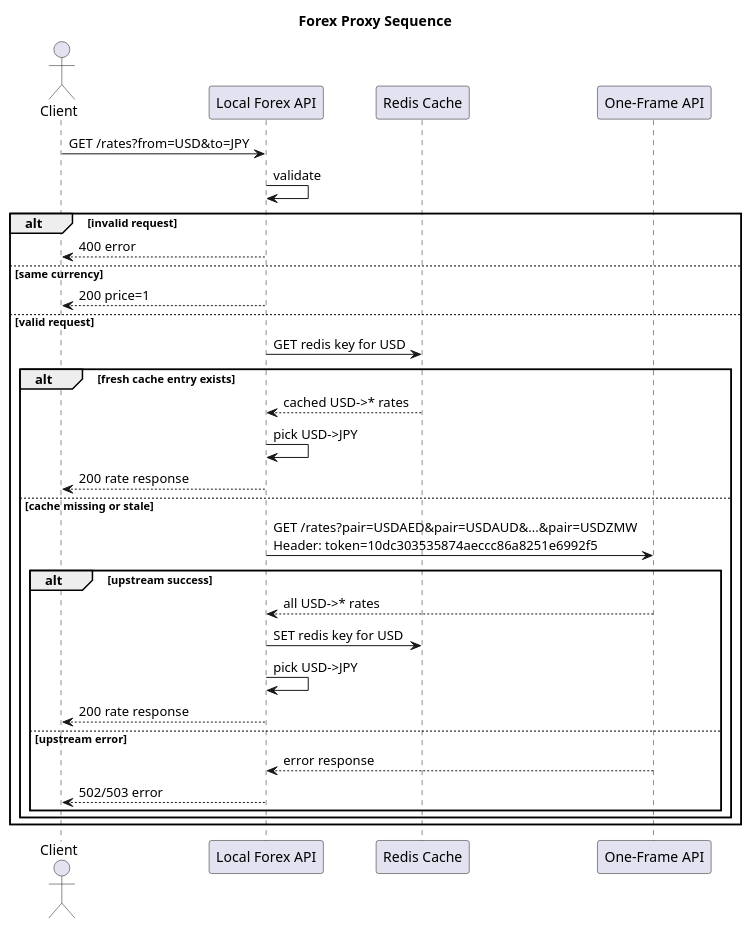
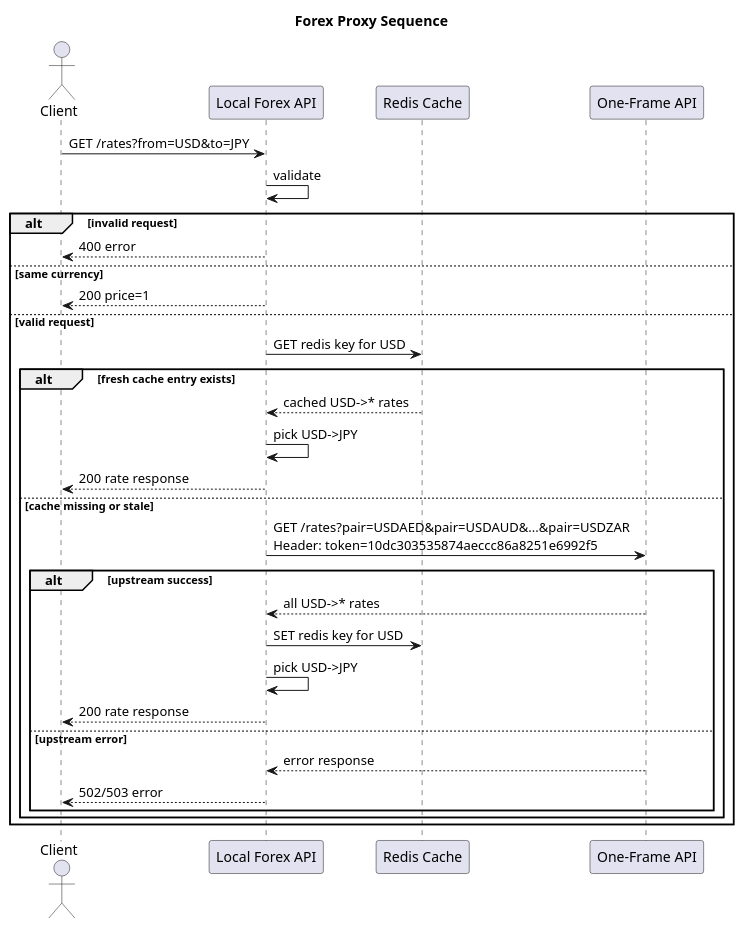
The diagram in documentation/sequence-diagram/sequence-diagram.puml (akshat98/forex-mtl), drawn with PlantUML before and after one commit. The commit also changed 6 other files, not shown here.

```diff
--- a/documentation/sequence-diagram/sequence-diagram.puml
+++ b/documentation/sequence-diagram/sequence-diagram.puml
@@ -1,38 +1,38 @@
 @startuml
 title Forex Proxy Sequence
 
 actor Client
 participant "Local Forex API" as API
 participant "Redis Cache" as Cache
 participant "One-Frame API" as Upstream
 
 Client -> API: GET /rates?from=USD&to=JPY
 API -> API: validate
 
 alt invalid request
   API --> Client: 400 error
 else same currency
   API --> Client: 200 price=1
 else valid request
   API -> Cache: GET redis key for USD
 
   alt fresh cache entry exists
     Cache --> API: cached USD->* rates
     API -> API: pick USD->JPY
     API --> Client: 200 rate response
   else cache missing or stale
-    API -> Upstream: GET /rates?pair=USDAED&pair=USDAUD&...&pair=USDZMW\nHeader: token=10dc303535874aeccc86a8251e6992f5
+    API -> Upstream: GET /rates?pair=USDAED&pair=USDAUD&...&pair=USDZAR\nHeader: token=10dc303535874aeccc86a8251e6992f5
 
     alt upstream success
       Upstream --> API: all USD->* rates
       API -> Cache: SET redis key for USD
       API -> API: pick USD->JPY
       API --> Client: 200 rate response
     else upstream error
       Upstream --> API: error response
       API --> Client: 502/503 error
     end
   end
 end
 
 @enduml
```
